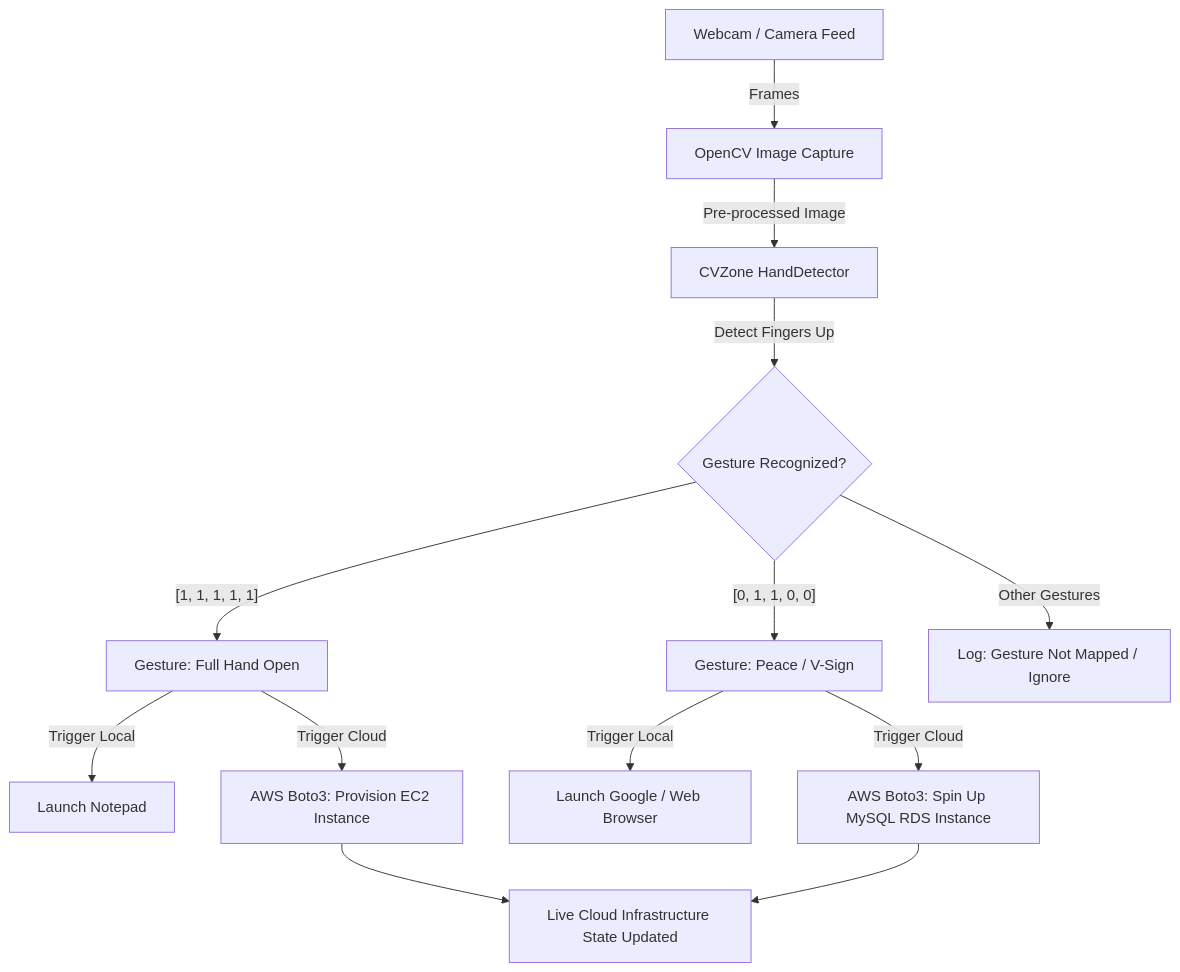
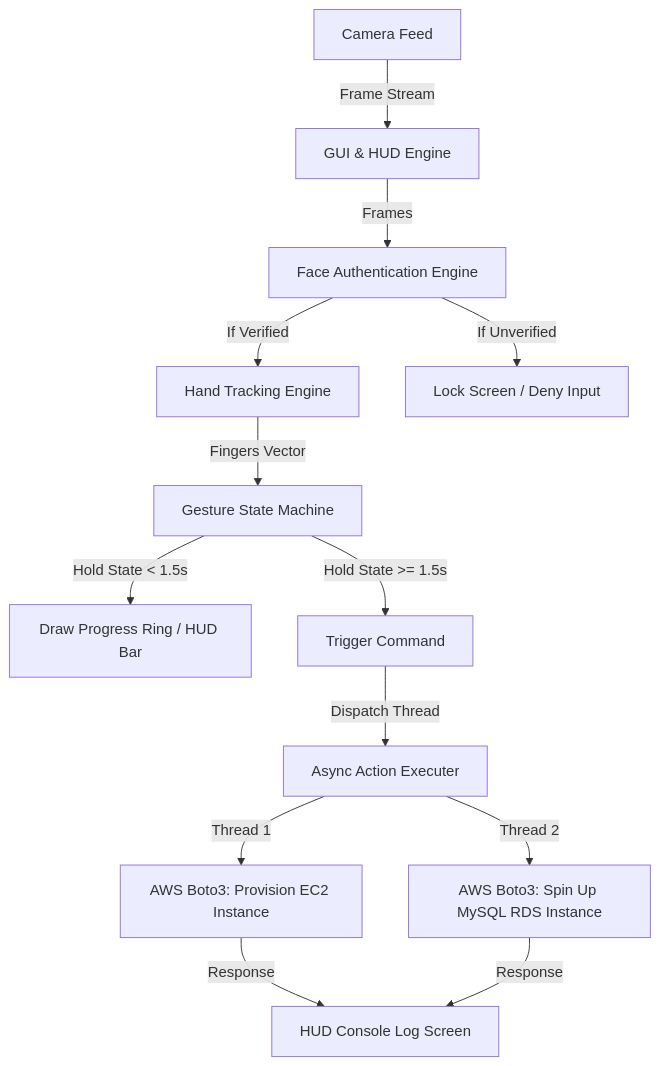
Before and after one commit to KrishnaGupta-coder/ZeroTouchSec: the diagram in README.md, drawn with Mermaid. The commit also changed other lines of this file and 1 other file, not shown here.

Commit message:
Upgrade: added app.py (HUD, multithreading, safety timers) and updated README.md

````diff
--- a/README.md
+++ b/README.md
@@ -46,22 +44,18 @@
 ```mermaid
 graph TD
-    A[Webcam / Camera Feed] -->|Frames| B[OpenCV Image Capture]
-    B -->|Pre-processed Image| C[CVZone HandDetector]
-    C -->|Detect Fingers Up| D{Gesture Recognized?}
+    A[Camera Feed] -->|Frame Stream| B[GUI & HUD Engine]
+    B -->|Frames| C[Face Authentication Engine]
+    C -->|If Verified| D[Hand Tracking Engine]
+    C -->|If Unverified| E[Lock Screen / Deny Input]
     
-    %% Gesture 1: All Fingers Up [1, 1, 1, 1, 1]
-    D -->|"[1, 1, 1, 1, 1]"| E[Gesture: Full Hand Open]
-    E -->|Trigger Local| E1[Launch Notepad]
-    E -->|Trigger Cloud| E2[AWS Boto3: Provision EC2 Instance]
+    D -->|Fingers Vector| F[Gesture State Machine]
+    F -->|Hold State < 1.5s| G[Draw Progress Ring / HUD Bar]
+    F -->|Hold State >= 1.5s| H[Trigger Command]
     
-    %% Gesture 2: Index & Middle Fingers Up [0, 1, 1, 0, 0]
-    D -->|"[0, 1, 1, 0, 0]"| F[Gesture: Peace / V-Sign]
-    F -->|Trigger Local| F1[Launch Google / Web Browser]
-    F -->|Trigger Cloud| F2[AWS Boto3: Spin Up MySQL RDS Instance]
+    H -->|Dispatch Thread| I[Async Action Executer]
+    I -->|Thread 1| J[AWS Boto3: Provision EC2 Instance]
+    I -->|Thread 2| K[AWS Boto3: Spin Up MySQL RDS Instance]
     
-    %% Default State
-    D -->|Other Gestures| G[Log: Gesture Not Mapped / Ignore]
-    
-    E2 --> H[Live Cloud Infrastructure State Updated]
-    F2 --> H
+    J -->|Response| L[HUD Console Log Screen]
+    K -->|Response| L
 ```
````
